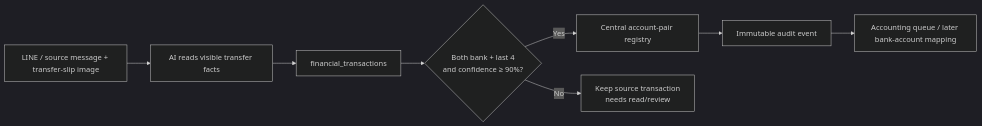
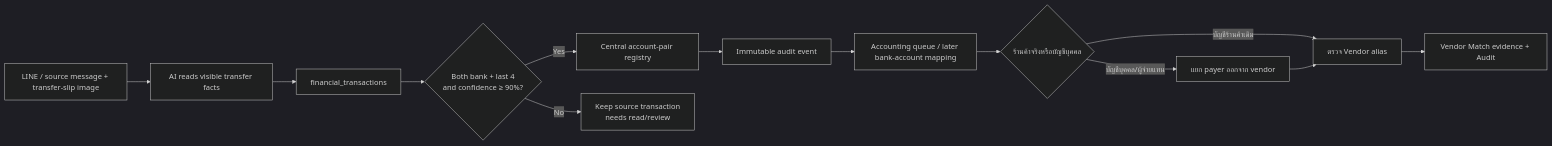
Before and after one commit to paramonjong-afk/WisdomAI: the diagram in docs/TRANSFER_SLIP_ACCOUNT_PAIR_FLOW.md, drawn with Mermaid (dark theme). The commit also changed other lines of this file and 12 other files, not shown here.

````diff
--- a/docs/TRANSFER_SLIP_ACCOUNT_PAIR_FLOW.md
+++ b/docs/TRANSFER_SLIP_ACCOUNT_PAIR_FLOW.md
@@ -7,10 +7,15 @@
 ```mermaid
 flowchart LR
   A[LINE / source message + transfer-slip image] --> B[AI reads visible transfer facts]
   B --> C[financial_transactions]
   C --> D{Both bank + last 4\nand confidence ≥ 90%?}
   D -->|Yes| E[Central account-pair registry]
   E --> F[Immutable audit event]
   F --> G[Accounting queue / later bank-account mapping]
   D -->|No| H[Keep source transaction\nneeds read/review]
+  G --> I{ร้านค้าจริงหรือบัญชีบุคคล}
+  I -->|บัญชีบุคคล/ผู้จ่ายแทน| J[แยก payer ออกจาก vendor]
+  I -->|บัญชีร้านค้าเดิม| K[ตรวจ Vendor alias]
+  J --> K
+  K --> L[Vendor Match evidence + Audit]
 ```
````
